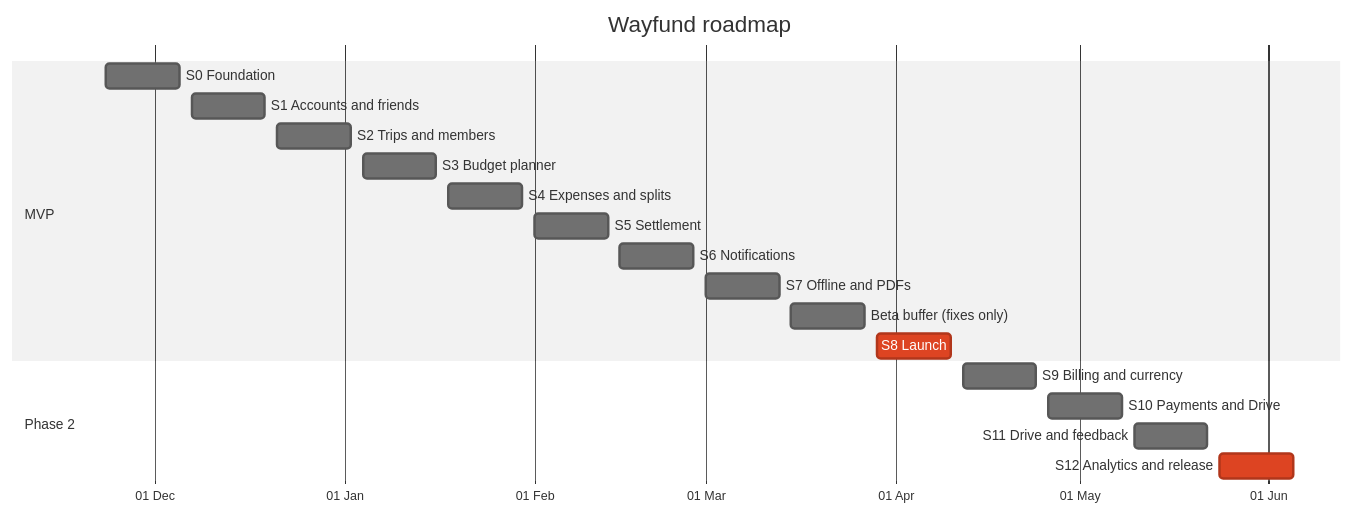
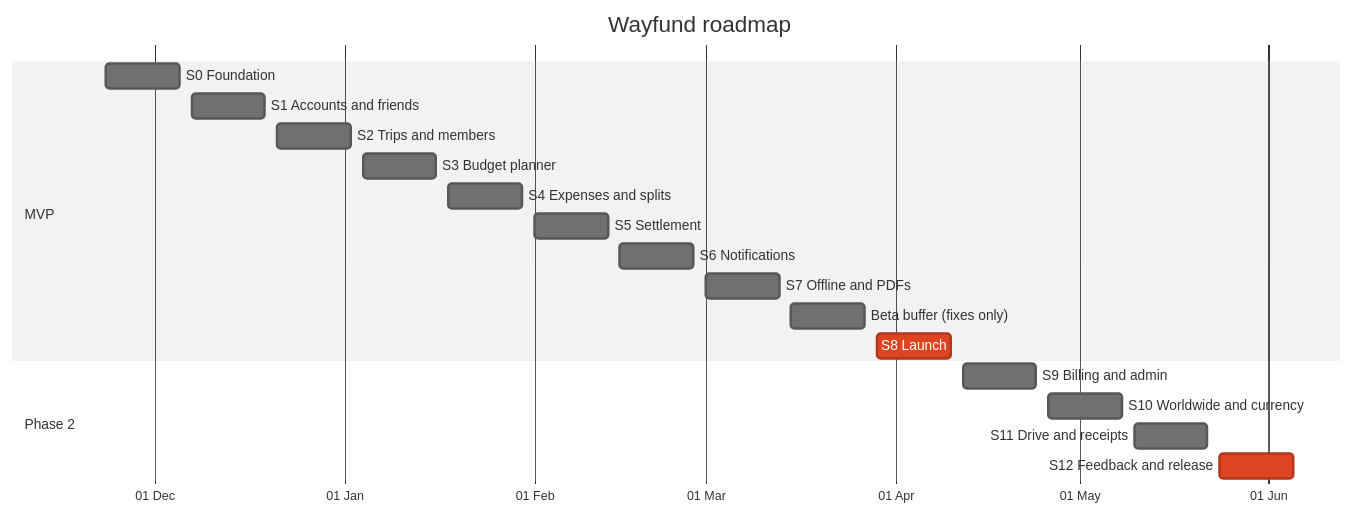
Before and after one commit to Dimuthu7/Wayfund: the diagram in docs/03-sprint-plan.md, drawn with Mermaid (neutral theme). The commit also changed other lines of this file and 4 other files, not shown here.

````diff
--- a/docs/03-sprint-plan.md
+++ b/docs/03-sprint-plan.md
@@ -52,22 +52,22 @@
 ```mermaid
 gantt
     title Wayfund roadmap
     dateFormat YYYY-MM-DD
     axisFormat %d %b
     section MVP
     S0 Foundation               :s0, 2026-11-23, 12d
     S1 Accounts and friends     :s1, 2026-12-07, 12d
     S2 Trips and members        :s2, 2026-12-21, 12d
     S3 Budget planner           :s3, 2027-01-04, 12d
     S4 Expenses and splits      :s4, 2027-01-18, 12d
     S5 Settlement               :s5, 2027-02-01, 12d
     S6 Notifications            :s6, 2027-02-15, 12d
     S7 Offline and PDFs         :s7, 2027-03-01, 12d
     Beta buffer (fixes only)    :b1, 2027-03-15, 12d
     S8 Launch                   :crit, s8, 2027-03-29, 12d
     section Phase 2
-    S9 Billing and currency     :s9, 2027-04-12, 12d
-    S10 Payments and Drive      :s10, 2027-04-26, 12d
-    S11 Drive and feedback      :s11, 2027-05-10, 12d
-    S12 Analytics and release   :crit, s12, 2027-05-24, 12d
+    S9 Billing and admin        :s9, 2027-04-12, 12d
+    S10 Worldwide and currency  :s10, 2027-04-26, 12d
+    S11 Drive and receipts      :s11, 2027-05-10, 12d
+    S12 Feedback and release    :crit, s12, 2027-05-24, 12d
 ```
````
